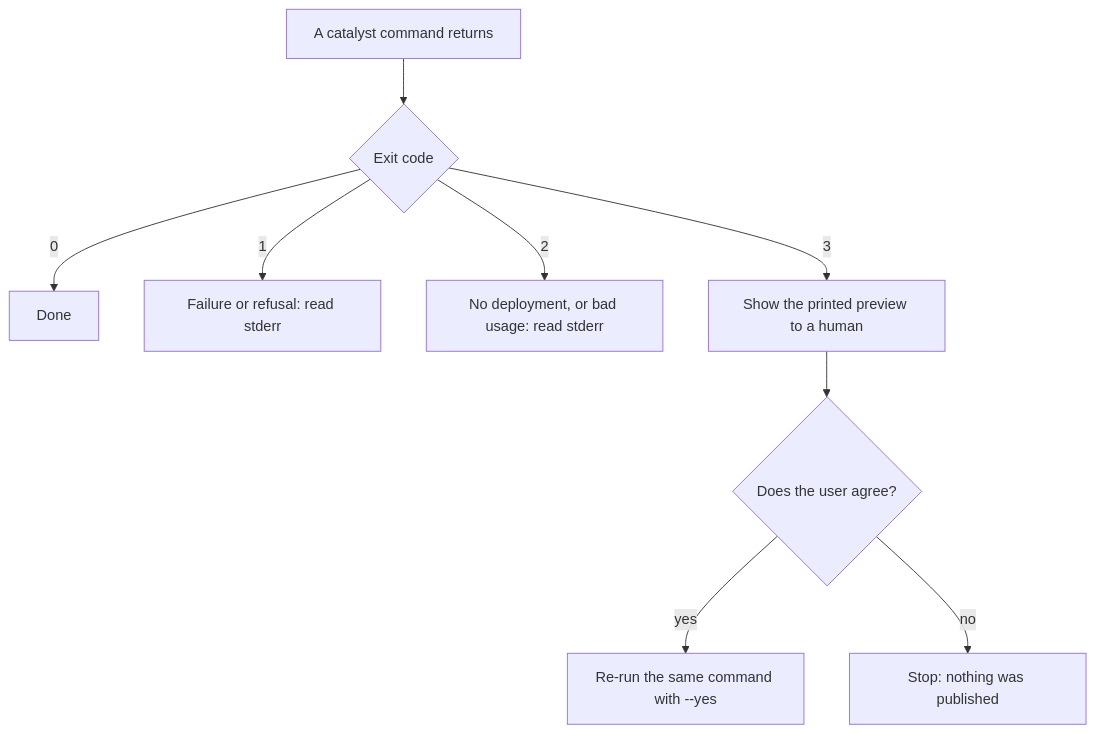
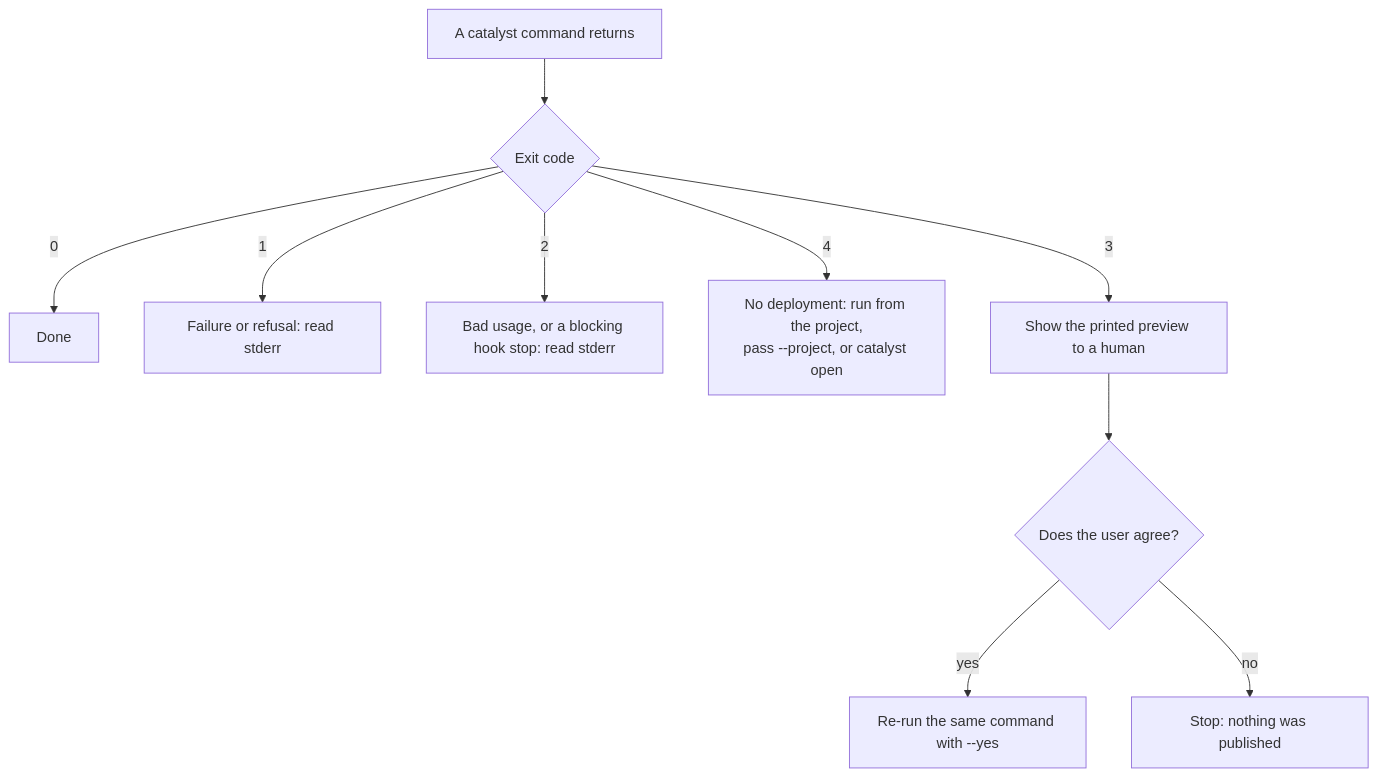
One commit to cantica-tech/catalyst-docs changed the third of 23 diagrams in docs/guide/manual/30-cli-catalyst.md. Above: the diagram before and after it, drawn with Mermaid. The commit also changed other lines of this file and 9 other files, not shown here.

````diff
--- a/docs/guide/manual/30-cli-catalyst.md
+++ b/docs/guide/manual/30-cli-catalyst.md
@@ -280,11 +301,12 @@
 ```mermaid
 flowchart TD
     X["A catalyst command returns"] --> E{"Exit code"}
     E -- "0" --> OK["Done"]
     E -- "1" --> F["Failure or refusal: read stderr"]
-    E -- "2" --> U["No deployment, or bad usage: read stderr"]
+    E -- "2" --> U["Bad usage, or a blocking hook stop: read stderr"]
+    E -- "4" --> ND["No deployment: run from the project,<br/>pass --project, or catalyst open"]
     E -- "3" --> P["Show the printed preview to a human"]
     P --> Q{"Does the user agree?"}
     Q -- yes --> Y["Re-run the same command with --yes"]
     Q -- no --> S["Stop: nothing was published"]
 ```
````
